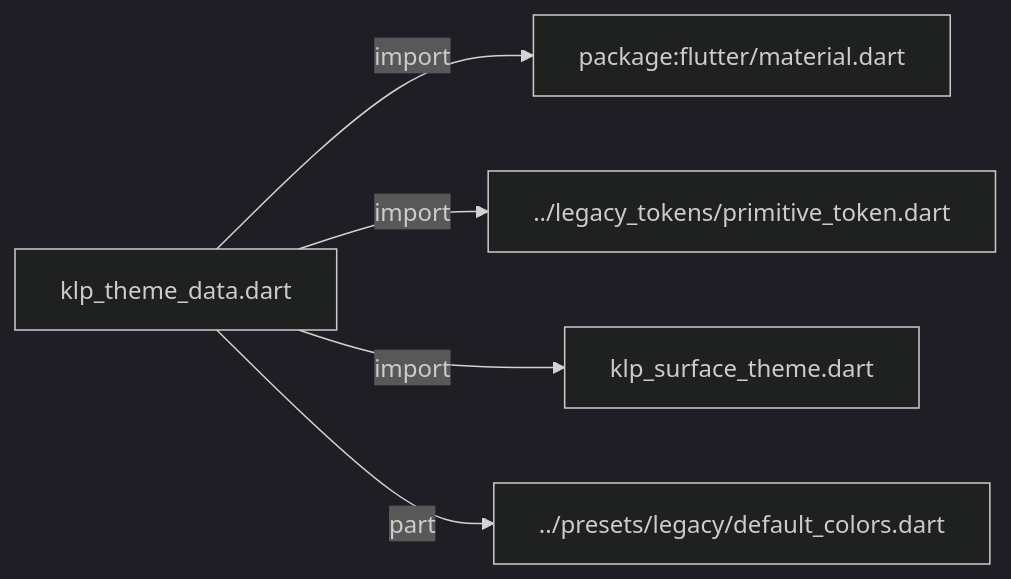
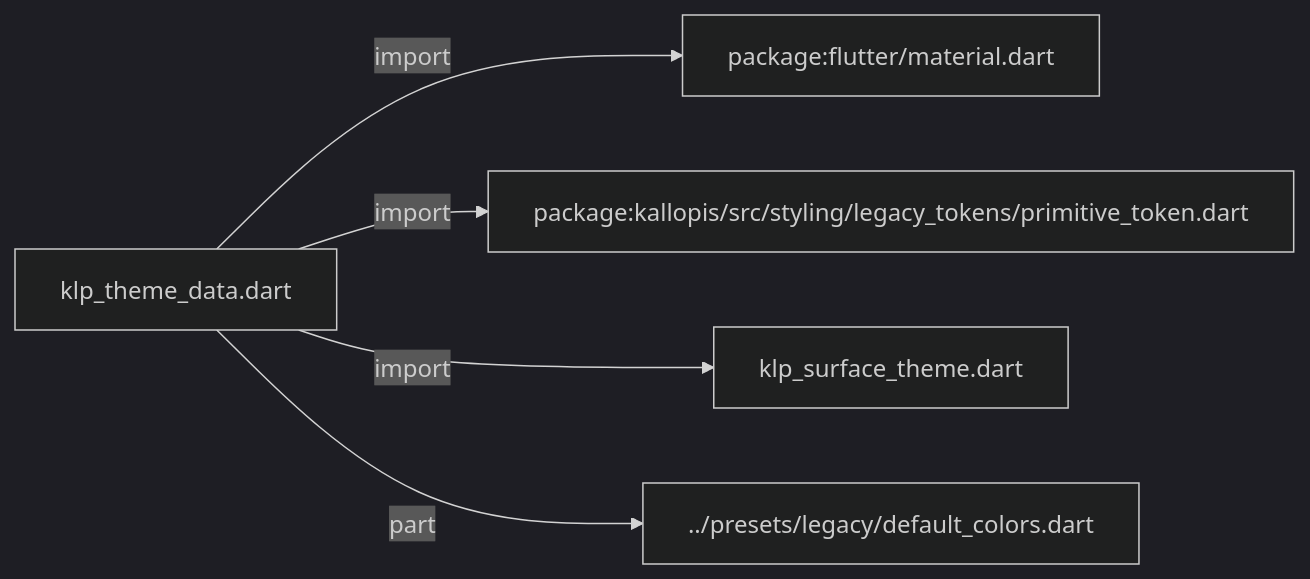
One commit to MiuDog/Kallopis changed the first of 3 diagrams in docs/architecture/src/styling/legacy_theme/klp_theme_data.md. Above: the diagram before and after it, drawn with Mermaid (dark theme). The commit also changed other lines of this file and 9688 other files, not shown here.

Commit message:
Prepare isolated Flow F2 peer baseline

````diff
--- a/docs/architecture/src/styling/legacy_theme/klp_theme_data.md
+++ b/docs/architecture/src/styling/legacy_theme/klp_theme_data.md
@@ -11,12 +11,12 @@
 ```mermaid
 flowchart LR
 	n0["klp_theme_data.dart"]
 	n1["package:flutter/material.dart"]
-	n2["../legacy_tokens/primitive_token.dart"]
+	n2["package:kallopis/src/styling/legacy_tokens/primitive_token.dart"]
 	n3["klp_surface_theme.dart"]
 	n4["../presets/legacy/default_colors.dart"]
 	n0 -->|"import"| n1
 	n0 -->|"import"| n2
 	n0 -->|"import"| n3
 	n0 -->|"part"| n4
 ```
````
